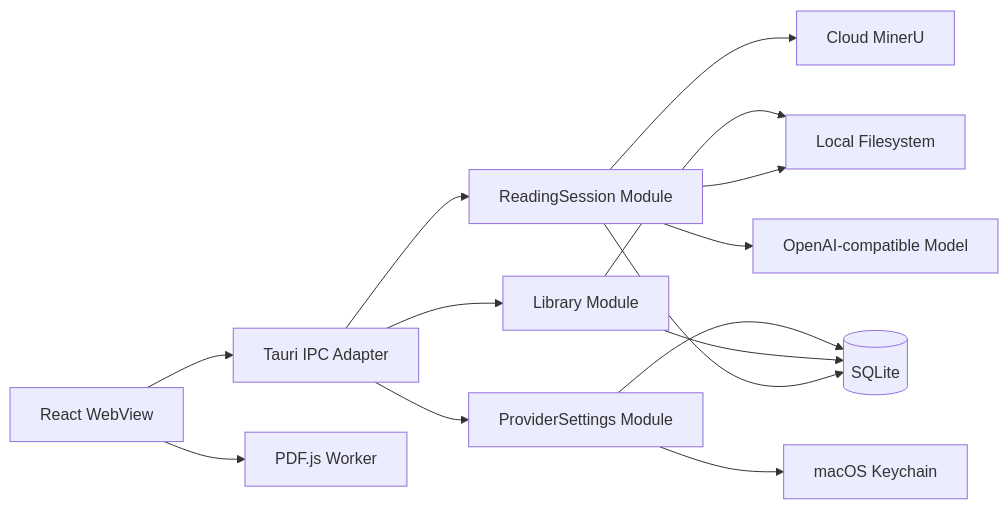
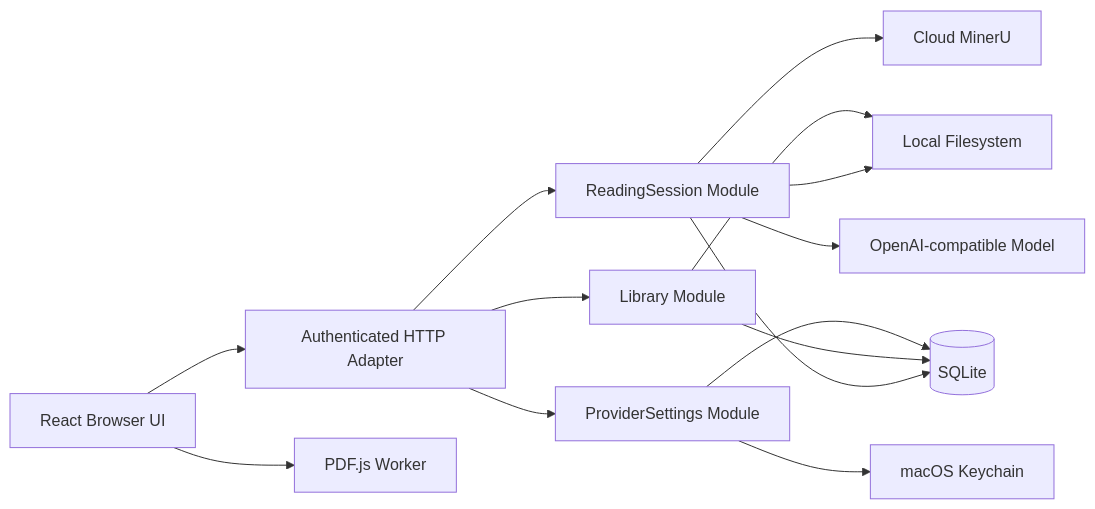
The first of 3 diagrams in docs/atlas-reader-product-spec.md (River177/atlas-reader), drawn with Mermaid before and after one commit. The commit also changed other lines of this file and 105 other files, not shown here.

````diff
--- a/docs/atlas-reader-product-spec.md
+++ b/docs/atlas-reader-product-spec.md
@@ -698,28 +701,28 @@
 ```mermaid
 flowchart LR
-    UI["React WebView"]
-    IPC["Tauri IPC Adapter"]
+    UI["React Browser UI"]
+    HTTP["Authenticated HTTP Adapter"]
     RS["ReadingSession Module"]
     LIB["Library Module"]
     CFG["ProviderSettings Module"]
     DB[("SQLite")]
     FS["Local Filesystem"]
     KC["macOS Keychain"]
     PDF["PDF.js Worker"]
     MINERU["Cloud MinerU"]
     MODEL["OpenAI-compatible Model"]
 
-    UI --> IPC
+    UI --> HTTP
     UI --> PDF
-    IPC --> RS
-    IPC --> LIB
-    IPC --> CFG
+    HTTP --> RS
+    HTTP --> LIB
+    HTTP --> CFG
     RS --> DB
     RS --> FS
     RS --> MINERU
     RS --> MODEL
     LIB --> DB
     LIB --> FS
     CFG --> DB
     CFG --> KC
 ```
````
